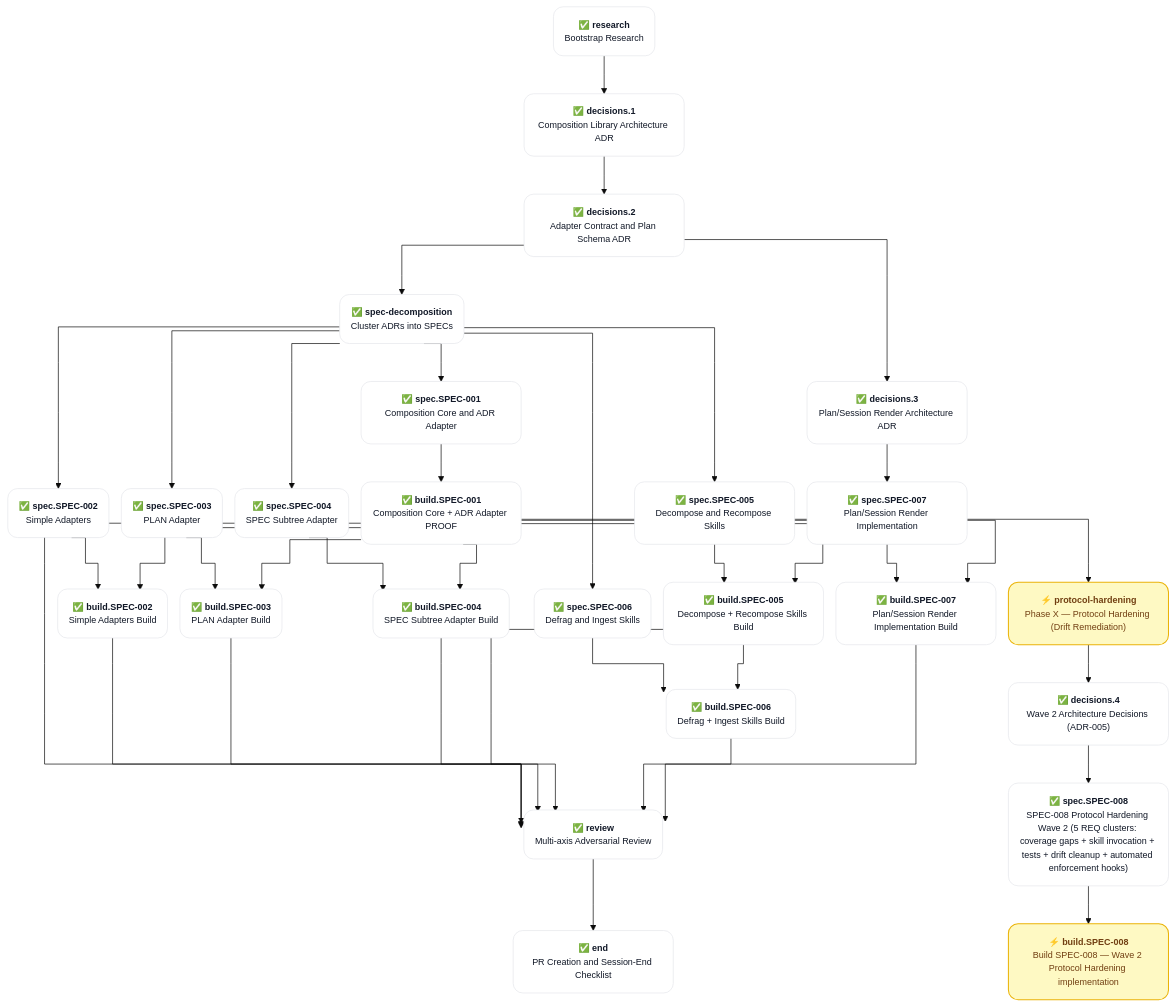
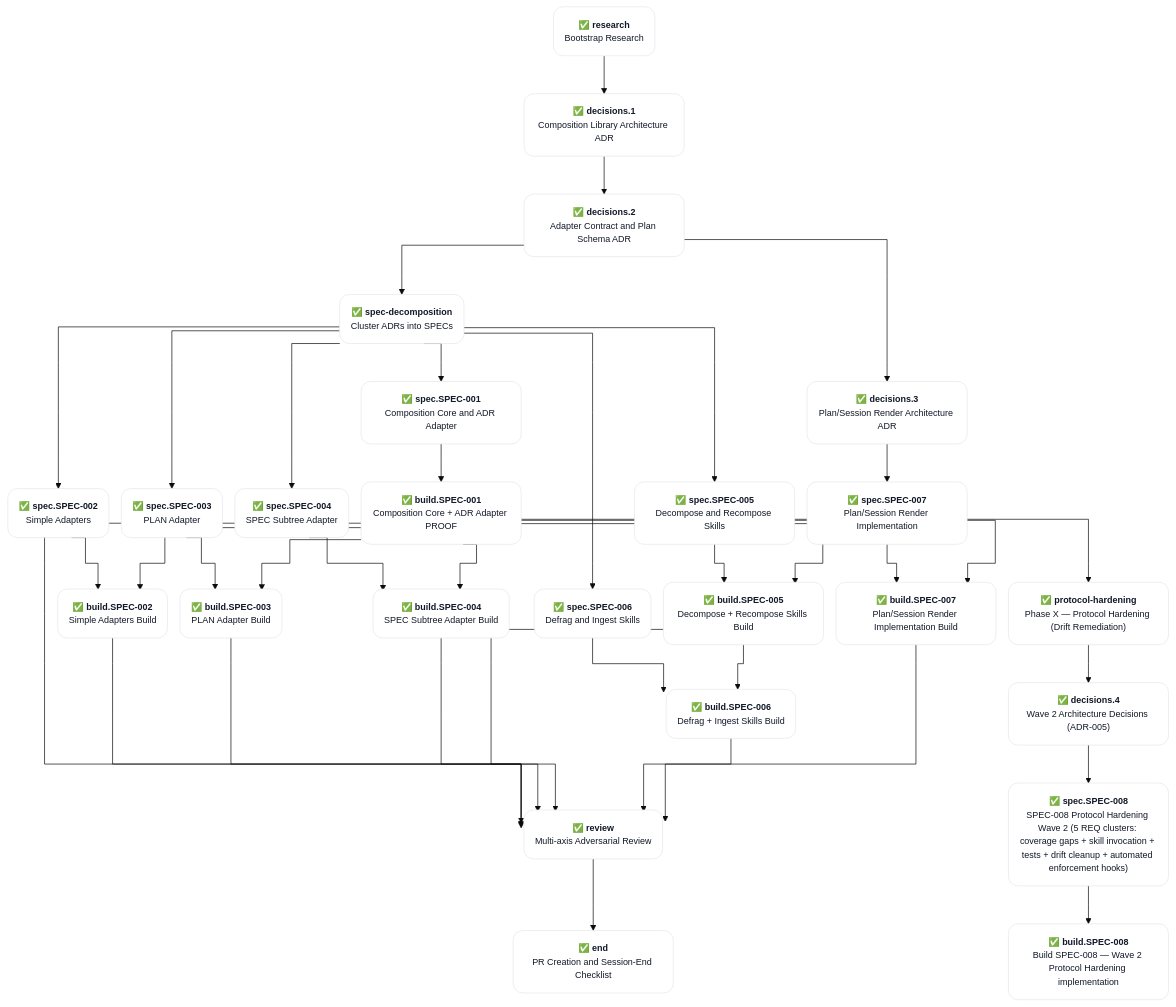
One commit to acmelabs-15/skills changed the diagram in docs/planning/PLAN-001-skills-ecosystem.md. Above: the diagram before and after it, drawn with Mermaid. The commit also changed other lines of this file and 3 other files, not shown here.

First line of the commit message:
end(Step 4): PLAN-001 + SPEC-008 DONE (follow-on-wave scoping); session DONE (Event 165)

````diff
--- a/docs/planning/PLAN-001-skills-ecosystem.md
+++ b/docs/planning/PLAN-001-skills-ecosystem.md
@@ -59,74 +59,73 @@
 ```mermaid
 %%{init: {'theme':'base','flowchart':{'curve':'stepAfter','nodeSpacing':18,'rankSpacing':55,'padding':16,'diagramPadding':20,'htmlLabels':true},'themeVariables':{'fontFamily':'-apple-system, BlinkMacSystemFont, system-ui, sans-serif','fontSize':'13px','clusterBkg':'#f9fafb','clusterBorder':'#e5e7eb'}}}%%
 graph TD
 
   classDef done fill:#ffffff,stroke:#e5e7eb,stroke-width:1px,color:#111827,rx:14,ry:14
   classDef inprogress fill:#fef9c3,stroke:#eab308,stroke-width:1.5px,color:#713f12,rx:14,ry:14
   classDef pending fill:#fafafa,stroke:#d1d5db,stroke-width:1px,color:#6b7280,stroke-dasharray:3 3,rx:14,ry:14
 
   research("✅ <b>research</b><br/><span style='color:#6b7280;font-size:11px'>Bootstrap Research</span>")
   decisions_1("✅ <b>decisions.1</b><br/><span style='color:#6b7280;font-size:11px'>Composition Library Architecture ADR</span>")
   decisions_2("✅ <b>decisions.2</b><br/><span style='color:#6b7280;font-size:11px'>Adapter Contract and Plan Schema ADR</span>")
   decisions_3("✅ <b>decisions.3</b><br/><span style='color:#6b7280;font-size:11px'>Plan/Session Render Architecture ADR</span>")
   spec_decomposition("✅ <b>spec-decomposition</b><br/><span style='color:#6b7280;font-size:11px'>Cluster ADRs into SPECs</span>")
   spec_SPEC_001("✅ <b>spec.SPEC-001</b><br/><span style='color:#6b7280;font-size:11px'>Composition Core and ADR Adapter</span>")
   spec_SPEC_002("✅ <b>spec.SPEC-002</b><br/><span style='color:#6b7280;font-size:11px'>Simple Adapters</span>")
   spec_SPEC_003("✅ <b>spec.SPEC-003</b><br/><span style='color:#6b7280;font-size:11px'>PLAN Adapter</span>")
   spec_SPEC_004("✅ <b>spec.SPEC-004</b><br/><span style='color:#6b7280;font-size:11px'>SPEC Subtree Adapter</span>")
   spec_SPEC_005("✅ <b>spec.SPEC-005</b><br/><span style='color:#6b7280;font-size:11px'>Decompose and Recompose Skills</span>")
   spec_SPEC_006("✅ <b>spec.SPEC-006</b><br/><span style='color:#6b7280;font-size:11px'>Defrag and Ingest Skills</span>")
   spec_SPEC_007("✅ <b>spec.SPEC-007</b><br/><span style='color:#6b7280;font-size:11px'>Plan/Session Render Implementation</span>")
   build_SPEC_001("✅ <b>build.SPEC-001</b><br/><span style='color:#6b7280;font-size:11px'>Composition Core + ADR Adapter PROOF</span>")
   build_SPEC_002("✅ <b>build.SPEC-002</b><br/><span style='color:#6b7280;font-size:11px'>Simple Adapters Build</span>")
   build_SPEC_003("✅ <b>build.SPEC-003</b><br/><span style='color:#6b7280;font-size:11px'>PLAN Adapter Build</span>")
   build_SPEC_004("✅ <b>build.SPEC-004</b><br/><span style='color:#6b7280;font-size:11px'>SPEC Subtree Adapter Build</span>")
   build_SPEC_005("✅ <b>build.SPEC-005</b><br/><span style='color:#6b7280;font-size:11px'>Decompose + Recompose Skills Build</span>")
   build_SPEC_006("✅ <b>build.SPEC-006</b><br/><span style='color:#6b7280;font-size:11px'>Defrag + Ingest Skills Build</span>")
   build_SPEC_007("✅ <b>build.SPEC-007</b><br/><span style='color:#6b7280;font-size:11px'>Plan/Session Render Implementation Build</span>")
-  protocol_hardening("⚡ <b>protocol-hardening</b><br/><span style='color:#6b7280;font-size:11px'>Phase X — Protocol Hardening (Drift Remediation)</span>")
+  protocol_hardening("✅ <b>protocol-hardening</b><br/><span style='color:#6b7280;font-size:11px'>Phase X — Protocol Hardening (Drift Remediation)</span>")
   review("✅ <b>review</b><br/><span style='color:#6b7280;font-size:11px'>Multi-axis Adversarial Review</span>")
   end_part("✅ <b>end</b><br/><span style='color:#6b7280;font-size:11px'>PR Creation and Session-End Checklist</span>")
   decisions_4("✅ <b>decisions.4</b><br/><span style='color:#6b7280;font-size:11px'>Wave 2 Architecture Decisions (ADR-005)</span>")
   spec_SPEC_008("✅ <b>spec.SPEC-008</b><br/><span style='color:#6b7280;font-size:11px'>SPEC-008 Protocol Hardening Wave 2 (5 REQ clusters: coverage gaps + skill invocation + tests + drift cleanup + automated enforcement hooks)</span>")
-  build_SPEC_008("⚡ <b>build.SPEC-008</b><br/><span style='color:#6b7280;font-size:11px'>Build SPEC-008 — Wave 2 Protocol Hardening implementation</span>")
+  build_SPEC_008("✅ <b>build.SPEC-008</b><br/><span style='color:#6b7280;font-size:11px'>Build SPEC-008 — Wave 2 Protocol Hardening implementation</span>")
 
   research --> decisions_1
   decisions_1 --> decisions_2
   decisions_2 --> decisions_3
   decisions_2 --> spec_decomposition
   spec_decomposition --> spec_SPEC_001
   spec_decomposition --> spec_SPEC_002
   spec_decomposition --> spec_SPEC_003
   spec_decomposition --> spec_SPEC_004
   spec_decomposition --> spec_SPEC_005
   spec_decomposition --> spec_SPEC_006
   decisions_3 --> spec_SPEC_007
   spec_SPEC_001 --> build_SPEC_001
   spec_SPEC_002 --> build_SPEC_002
   build_SPEC_001 --> build_SPEC_002
   spec_SPEC_003 --> build_SPEC_003
   build_SPEC_001 --> build_SPEC_003
   spec_SPEC_004 --> build_SPEC_004
   build_SPEC_001 --> build_SPEC_004
   spec_SPEC_005 --> build_SPEC_005
   build_SPEC_001 --> build_SPEC_005
   spec_SPEC_006 --> build_SPEC_006
   build_SPEC_005 --> build_SPEC_006
   spec_SPEC_007 --> build_SPEC_007
   build_SPEC_001 --> build_SPEC_007
   build_SPEC_001 --> protocol_hardening
   build_SPEC_001 --> review
   build_SPEC_002 --> review
   build_SPEC_003 --> review
   build_SPEC_004 --> review
   build_SPEC_005 --> review
   build_SPEC_006 --> review
   build_SPEC_007 --> review
   review --> end_part
   protocol_hardening --> decisions_4
   decisions_4 --> spec_SPEC_008
   spec_SPEC_008 --> build_SPEC_008
 
-  class research,decisions_1,decisions_2,decisions_3,spec_decomposition,spec_SPEC_001,spec_SPEC_002,spec_SPEC_003,spec_SPEC_004,spec_SPEC_005,spec_SPEC_006,spec_SPEC_007,build_SPEC_001,build_SPEC_002,build_SPEC_003,build_SPEC_004,build_SPEC_005,build_SPEC_006,build_SPEC_007,review,end_part,decisions_4,spec_SPEC_008 done
-  class protocol_hardening,build_SPEC_008 inprogress
+  class research,decisions_1,decisions_2,decisions_3,spec_decomposition,spec_SPEC_001,spec_SPEC_002,spec_SPEC_003,spec_SPEC_004,spec_SPEC_005,spec_SPEC_006,spec_SPEC_007,build_SPEC_001,build_SPEC_002,build_SPEC_003,build_SPEC_004,build_SPEC_005,build_SPEC_006,build_SPEC_007,protocol_hardening,review,end_part,decisions_4,spec_SPEC_008,build_SPEC_008 done
 ```
````
